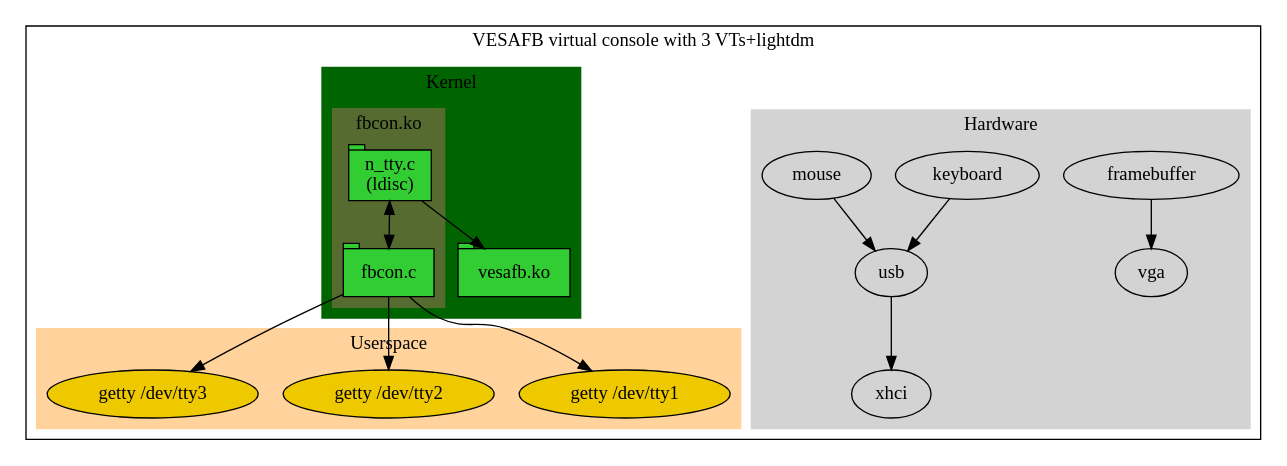
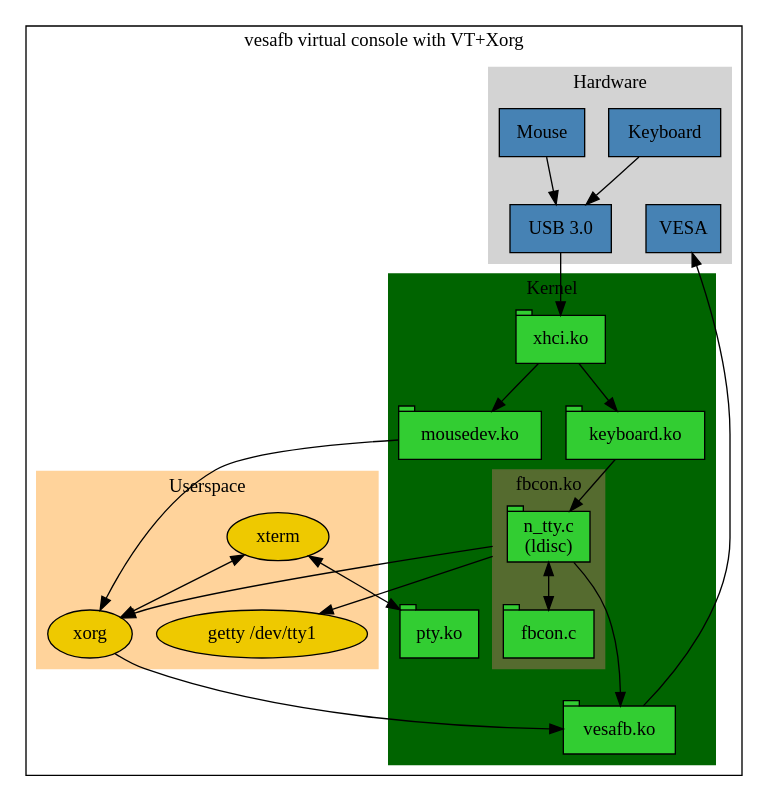
Before and after one commit to dirty-south-supercomputing/technicalreports: the diagram in 004-notcurses/tty-vesafb.dot, drawn with Graphviz. The commit also changed 1 other file, not shown here.

Commit message:
terrib le vesafb diagram

```diff
--- a/004-notcurses/tty-vesafb.dot
+++ b/004-notcurses/tty-vesafb.dot
@@ -1,42 +1,58 @@
 digraph G {
   newrank=true;
+  compound=true;
   subgraph cluster_vesafb {
-    label="VESAFB virtual console with 3 VTs+lightdm";
+    label="vesafb virtual console with VT+Xorg";
     subgraph cluster_hardware {
       label="Hardware";
       color=lightgrey;
       style=filled;
-      framebuffer->vga
+      vga [ shape=rect style=filled fillcolor=steelblue label="VESA" ]
+      keyboard [ shape=rect style=filled fillcolor=steelblue label="Keyboard" ]
+      mouse [ shape=rect style=filled fillcolor=steelblue label="Mouse" ]
+      usb [ shape=rect style=filled fillcolor=steelblue label="USB 3.0" ]
       keyboard->usb
       mouse->usb
-      usb->xhci
+      { rank=same; keyboard mouse }
       { rank=same; vga usb } 
     }
     subgraph cluster_kernel {
       label="Kernel";
       color=darkgreen;
       style=filled;
-      subgraph cluster_tty {
+      subgraph clustertty {
         ldisc [ shape=tab style=filled fillcolor=limegreen label="n_tty.c\n(ldisc)" ]
         fbcon [ shape=tab style=filled fillcolor=limegreen label="fbcon.c" ]
         label="fbcon.ko";
         color=darkolivegreen;
         style=filled;
         ldisc->fbcon [dir="both"];  
       }
+      xhci [ shape=tab style=filled fillcolor=limegreen label="xhci.ko" ]
       vesafb [ shape=tab style=filled fillcolor=limegreen label="vesafb.ko" ]
+      inputmouse [ shape=tab style=filled fillcolor=limegreen label="mousedev.ko" ]
+      inputkey [ shape=tab style=filled fillcolor=limegreen label="keyboard.ko" ]
+      pty [ shape=tab style=filled fillcolor=limegreen label="pty.ko" ]
       ldisc->vesafb
+      xhci->inputkey
+      xhci->inputmouse 
+      inputkey->ldisc
     }
+    usb->xhci
+    vesafb->vga
     subgraph cluster_userspace {
       getty1 [ shape=ellipse style=filled fillcolor=gold2 label="getty /dev/tty1" ]
-      getty2 [ shape=ellipse style=filled fillcolor=gold2 label="getty /dev/tty2" ]
-      getty3 [ shape=ellipse style=filled fillcolor=gold2 label="getty /dev/tty3" ]
+      xorg [ shape=ellipse style=filled fillcolor=gold2 label="xorg" ]
+      xterm [ shape=ellipse style=filled fillcolor=gold2 label="xterm" ]
       label="Userspace";
       color=burlywood1;
       style=filled;
     }
-    fbcon->getty1
-    fbcon->getty2
-    fbcon->getty3
+    ldisc->getty1 [ltail=clustertty];
+    ldisc->xorg [ltail=clustertty];
+    inputmouse->xorg
+    xorg->vesafb
+    xterm->pty [dir="both"];
+    xterm->xorg [dir="both"];
   }
 }
```
